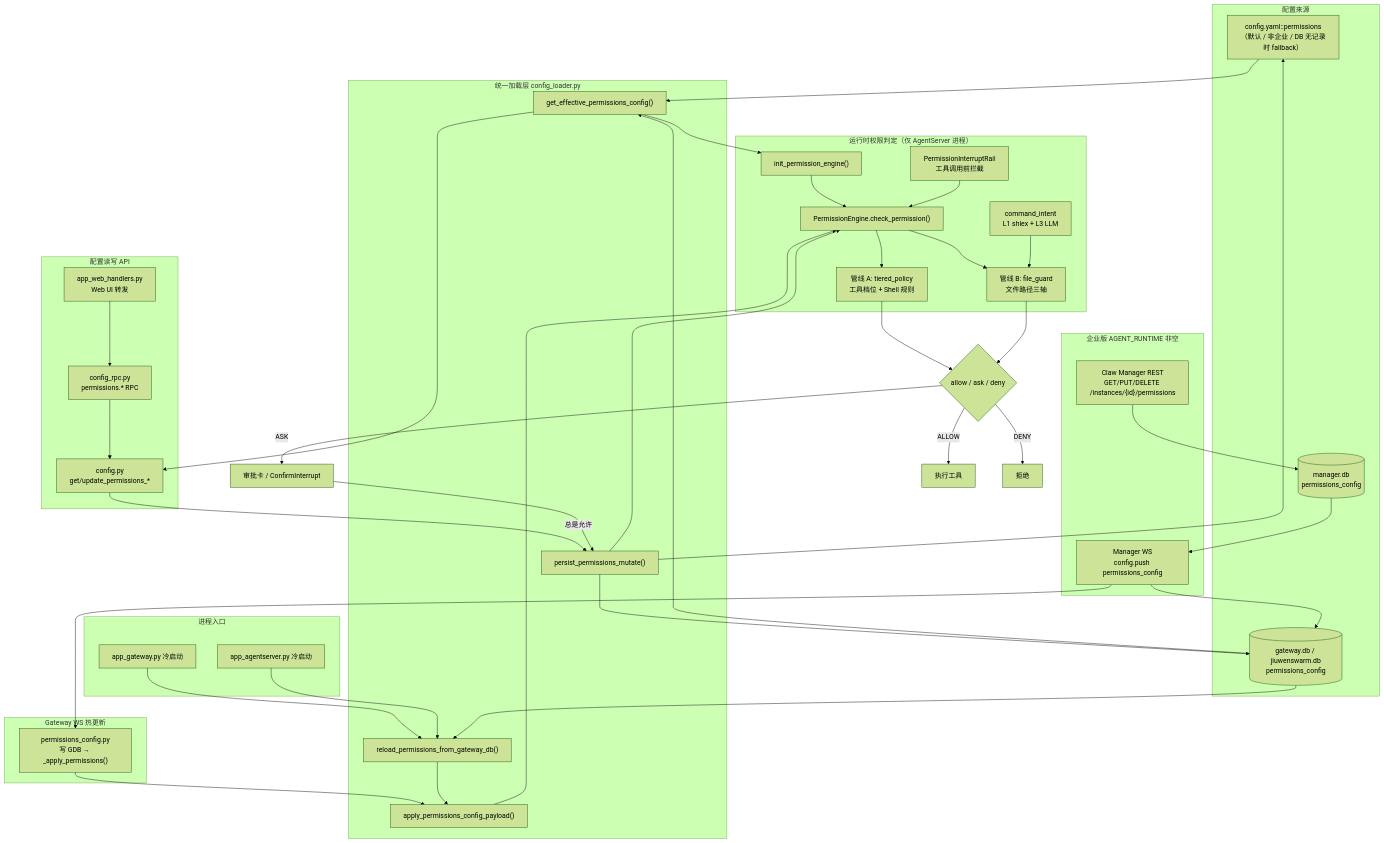
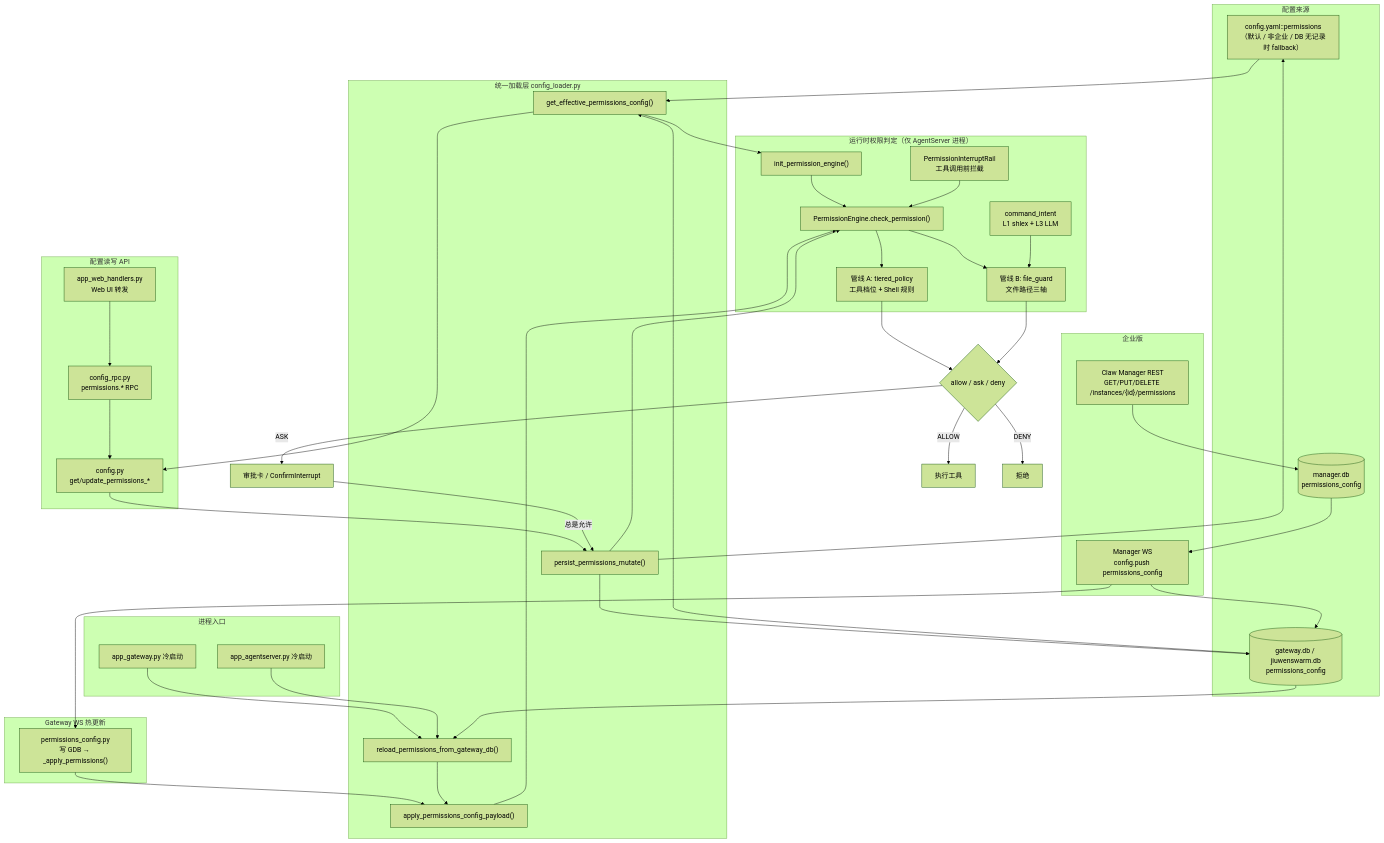
One commit to openJiuwen-ai/jiuwenclaw changed the first of 5 diagrams in docs/zh/permissions_config_architecture.md. Above: the diagram before and after it, drawn with Mermaid (forest theme). The commit also changed other lines of this file and 86 other files, not shown here.

````diff
--- a/docs/zh/permissions_config_architecture.md
+++ b/docs/zh/permissions_config_architecture.md
@@ -12,78 +12,78 @@
 ```mermaid
 flowchart TB
     subgraph sources [配置来源]
         YAML["config.yaml::permissions<br/>（默认 / 非企业 / DB 无记录时 fallback）"]
         MDB[("manager.db<br/>permissions_config")]
         GDB[("gateway.db / jiuwenswarm.db<br/>permissions_config")]
     end
 
-    subgraph enterprise [企业版 AGENT_RUNTIME 非空]
+    subgraph enterprise [企业版]
         MREST["Claw Manager REST<br/>GET/PUT/DELETE /instances/{id}/permissions"]
         MWS["Manager WS<br/>config.push permissions_config"]
         MREST --> MDB
         MDB --> MWS
         MWS --> GDB
     end
 
     subgraph loader [统一加载层 config_loader.py]
         GET["get_effective_permissions_config()"]
         RELOAD["reload_permissions_from_gateway_db()"]
         APPLY["apply_permissions_config_payload()"]
         PERSIST["persist_permissions_mutate()"]
     end
 
     subgraph entry [进程入口]
         GW_START["app_gateway.py 冷启动"]
         AS_START["app_agentserver.py 冷启动"]
         GW_START --> RELOAD
         AS_START --> RELOAD
     end
 
     subgraph gw_ws [Gateway WS 热更新]
         GWS_MOD["permissions_config.py<br/>写 GDB → _apply_permissions()"]
         MWS --> GWS_MOD
         GWS_MOD --> APPLY
     end
 
     GDB --> GET
     GDB --> RELOAD
     YAML --> GET
     RELOAD --> APPLY
 
     subgraph config_api [配置读写 API]
         CFG["config.py<br/>get/update_permissions_*"]
         RPC["config_rpc.py<br/>permissions.* RPC"]
         WEB["app_web_handlers.py<br/>Web UI 转发"]
         CFG --> PERSIST
         RPC --> CFG
         WEB --> RPC
     end
 
     PERSIST --> GDB
     PERSIST --> YAML
 
     subgraph runtime [运行时权限判定（仅 AgentServer 进程）]
         INIT["init_permission_engine()"]
         RAIL["PermissionInterruptRail<br/>工具调用前拦截"]
         ENGINE["PermissionEngine.check_permission()"]
         A["管线 A: tiered_policy<br/>工具档位 + Shell 规则"]
         B["管线 B: file_guard<br/>文件路径三轴"]
         CI["command_intent<br/>L1 shlex + L3 LLM"]
     end
 
     GET --> INIT
     GET --> CFG
     APPLY --> ENGINE
     PERSIST --> ENGINE
     INIT --> ENGINE
     RAIL --> ENGINE
     ENGINE --> A
     ENGINE --> B
     CI --> B
     A --> DEC{"allow / ask / deny"}
     B --> DEC
     DEC -->|ASK| HITL["审批卡 / ConfirmInterrupt"]
     DEC -->|ALLOW| EXEC["执行工具"]
     DEC -->|DENY| REJECT["拒绝"]
     HITL -->|总是允许| PERSIST
 ```
````
